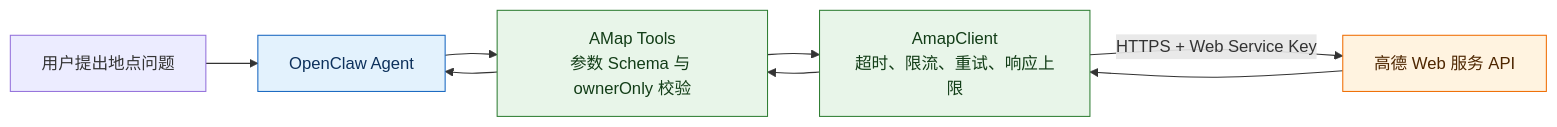
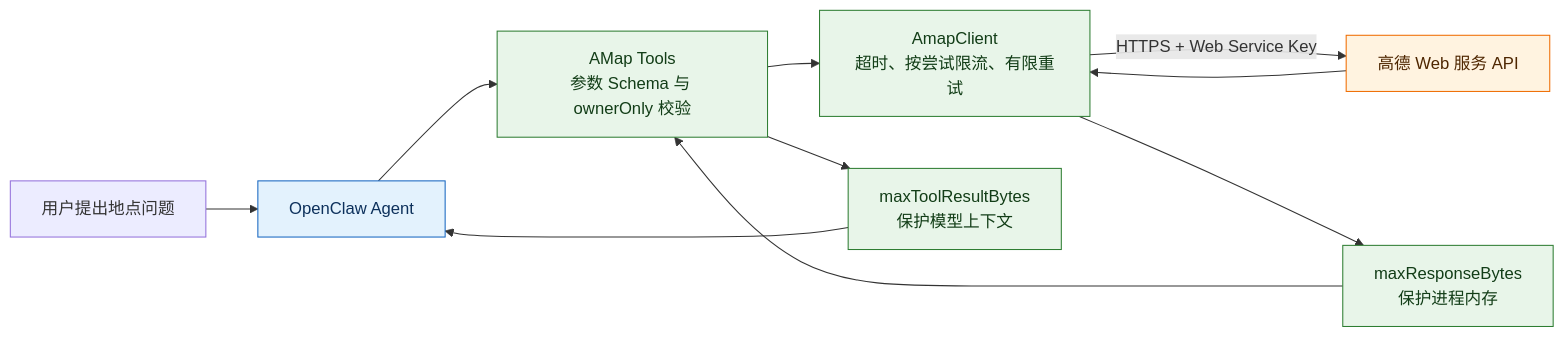
The first of 2 diagrams in extensions/amap/README.zh-CN.md (partme-ai/openclaw-plugins), drawn with Mermaid before and after one commit. The commit also changed other lines of this file and 592 other files, not shown here.

First line of the commit message:
feat(e2e): 添加地图能力插件与微信抖音扩展功能

````diff
--- a/extensions/amap/README.zh-CN.md
+++ b/extensions/amap/README.zh-CN.md
@@ -9,15 +9,16 @@
 ```mermaid
 flowchart LR
     U["用户提出地点问题"] --> A["OpenClaw Agent"]
     A --> T["AMap Tools<br/>参数 Schema 与 ownerOnly 校验"]
-    T --> C["AmapClient<br/>超时、限流、重试、响应上限"]
+    T --> C["AmapClient<br/>超时、按尝试限流、有限重试"]
     C -->|"HTTPS + Web Service Key"| API["高德 Web 服务 API"]
-    API --> C --> T --> A
+    API --> C --> B["maxResponseBytes<br/>保护进程内存"]
+    B --> T --> R["maxToolResultBytes<br/>保护模型上下文"] --> A
 
     classDef runtime fill:#e3f2fd,stroke:#1565c0,color:#0d315c
     classDef plugin fill:#e8f5e9,stroke:#2e7d32,color:#123d17
     classDef external fill:#fff3e0,stroke:#ef6c00,color:#4e2600
     class A runtime
-    class T,C plugin
+    class T,C,B,R plugin
     class API external
 ```
````
